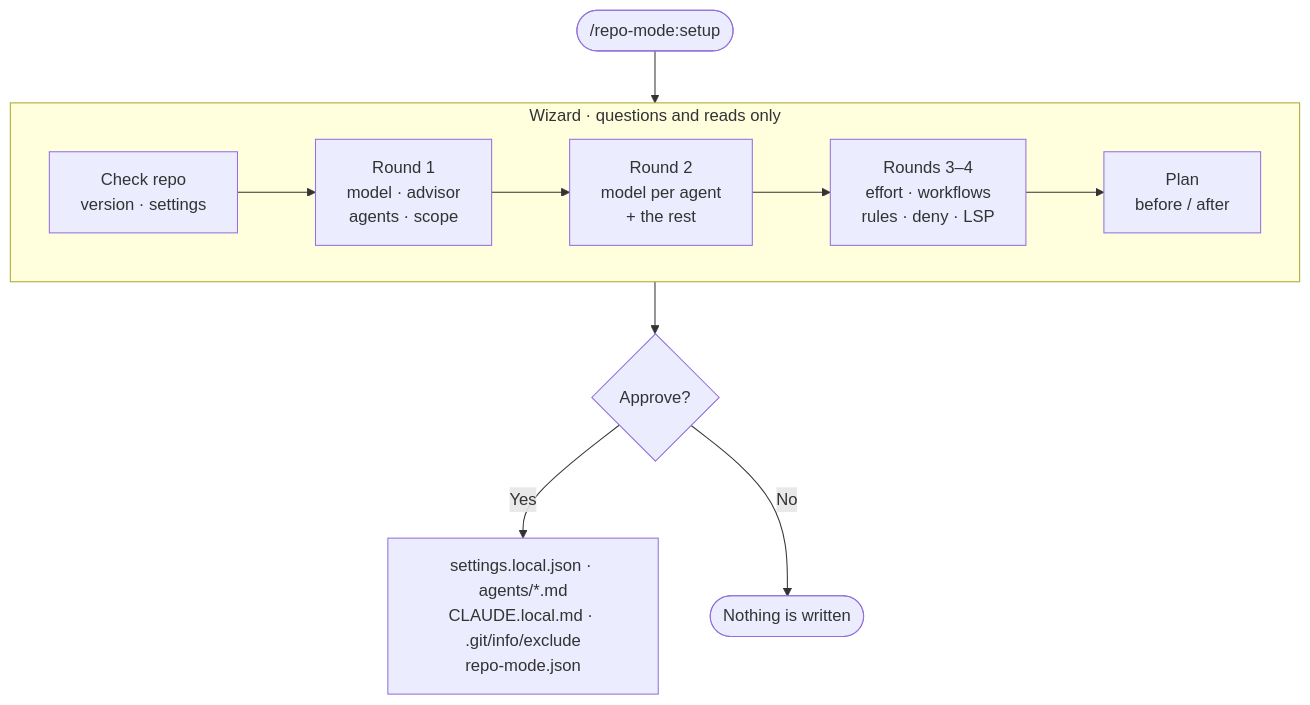
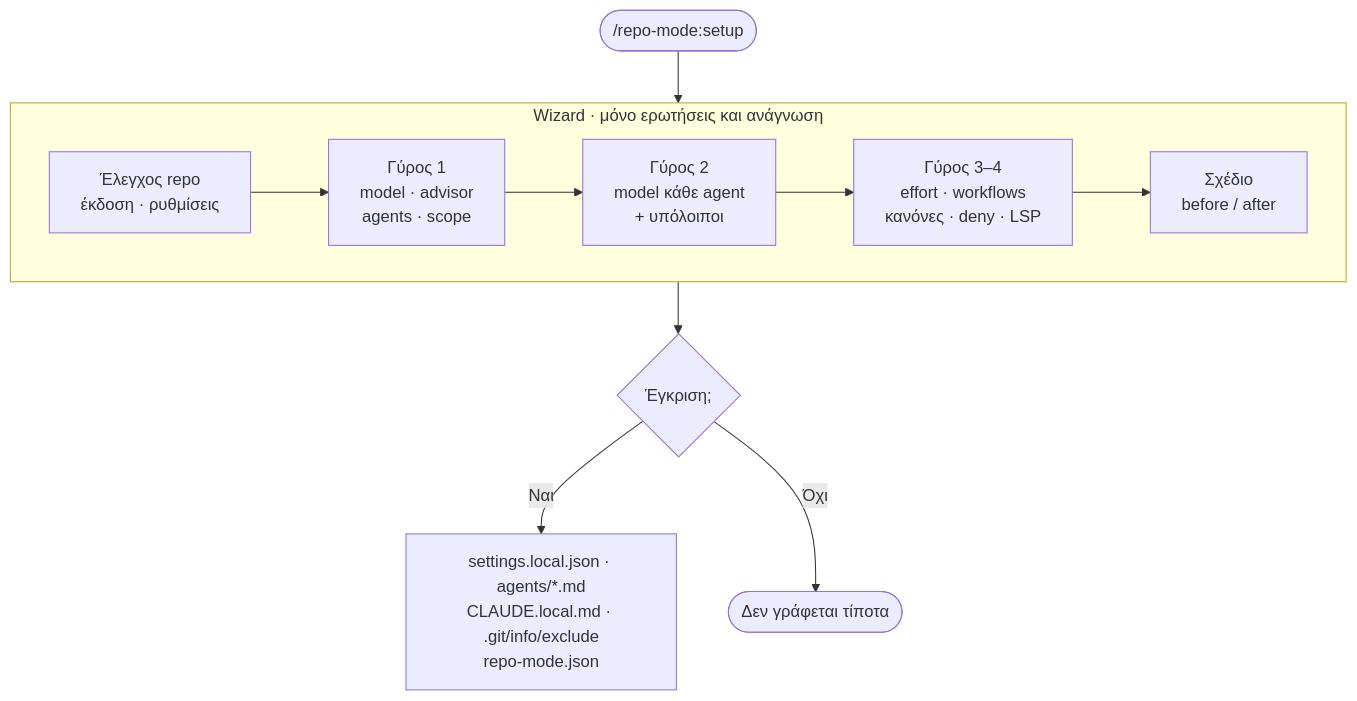
One commit to kniko/claude-plugins changed the second of 2 diagrams in plugins/repo-mode/README.md. Above: the diagram before and after it, drawn with Mermaid. The commit also changed other lines of this file and 2 other files, not shown here.

Commit message:
repo-mode: Greek README first, English in README.en.md

````diff
--- a/plugins/repo-mode/README.md
+++ b/plugins/repo-mode/README.md
@@ -73,11 +73,11 @@
 ```mermaid
 flowchart TD
     S(["/repo-mode:setup"]) --> WZ
-    subgraph WZ ["Wizard · questions and reads only"]
+    subgraph WZ ["Wizard · μόνο ερωτήσεις και ανάγνωση"]
         direction LR
-        W0["Check repo<br/>version · settings"] --> W1["Round 1<br/>model · advisor<br/>agents · scope"] --> W2["Round 2<br/>model per agent<br/>+ the rest"] --> W3["Rounds 3–4<br/>effort · workflows<br/>rules · deny · LSP"] --> W4["Plan<br/>before / after"]
+        W0["Έλεγχος repo<br/>έκδοση · ρυθμίσεις"] --> W1["Γύρος 1<br/>model · advisor<br/>agents · scope"] --> W2["Γύρος 2<br/>model κάθε agent<br/>+ υπόλοιποι"] --> W3["Γύρος 3–4<br/>effort · workflows<br/>κανόνες · deny · LSP"] --> W4["Σχέδιο<br/>before / after"]
     end
-    WZ --> Q{"Approve?"}
-    Q -->|"Yes"| F["settings.local.json · agents/*.md<br/>CLAUDE.local.md · .git/info/exclude<br/>repo-mode.json"]
-    Q -->|"No"| X(["Nothing is written"])
+    WZ --> Q{"Έγκριση;"}
+    Q -->|"Ναι"| F["settings.local.json · agents/*.md<br/>CLAUDE.local.md · .git/info/exclude<br/>repo-mode.json"]
+    Q -->|"Όχι"| X(["Δεν γράφεται τίποτα"])
 ```
````
